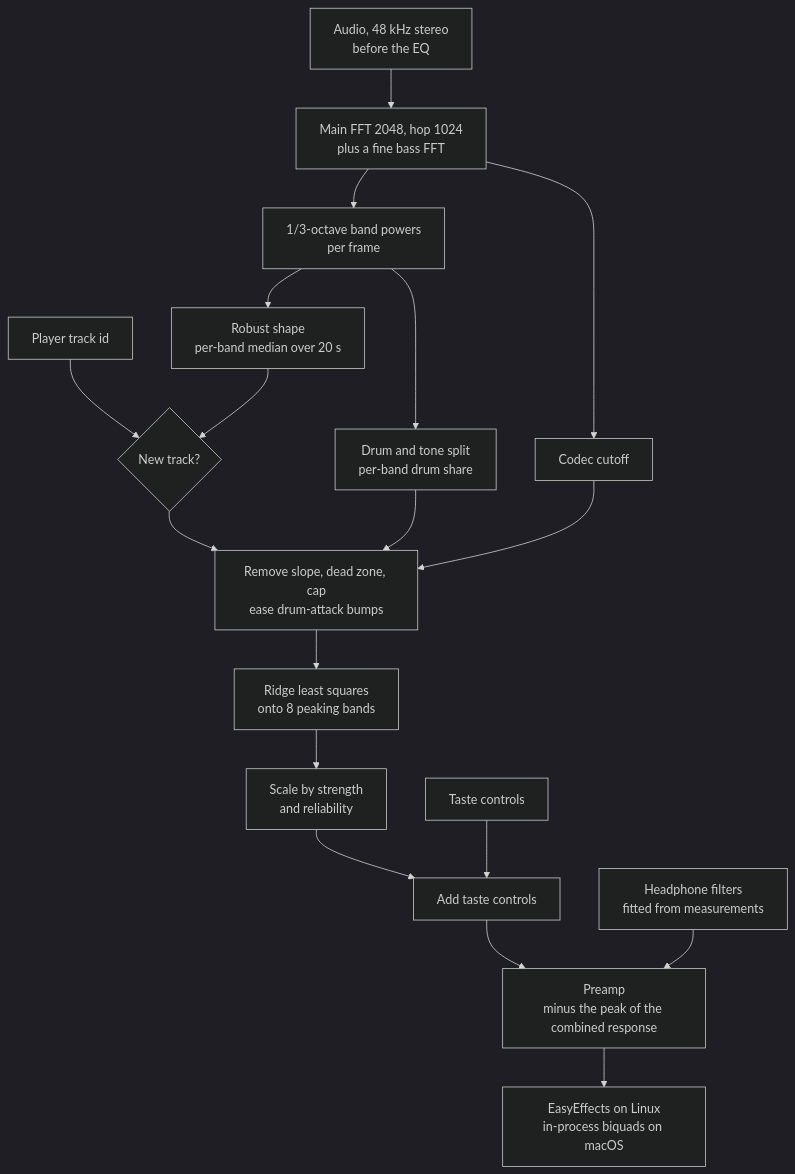
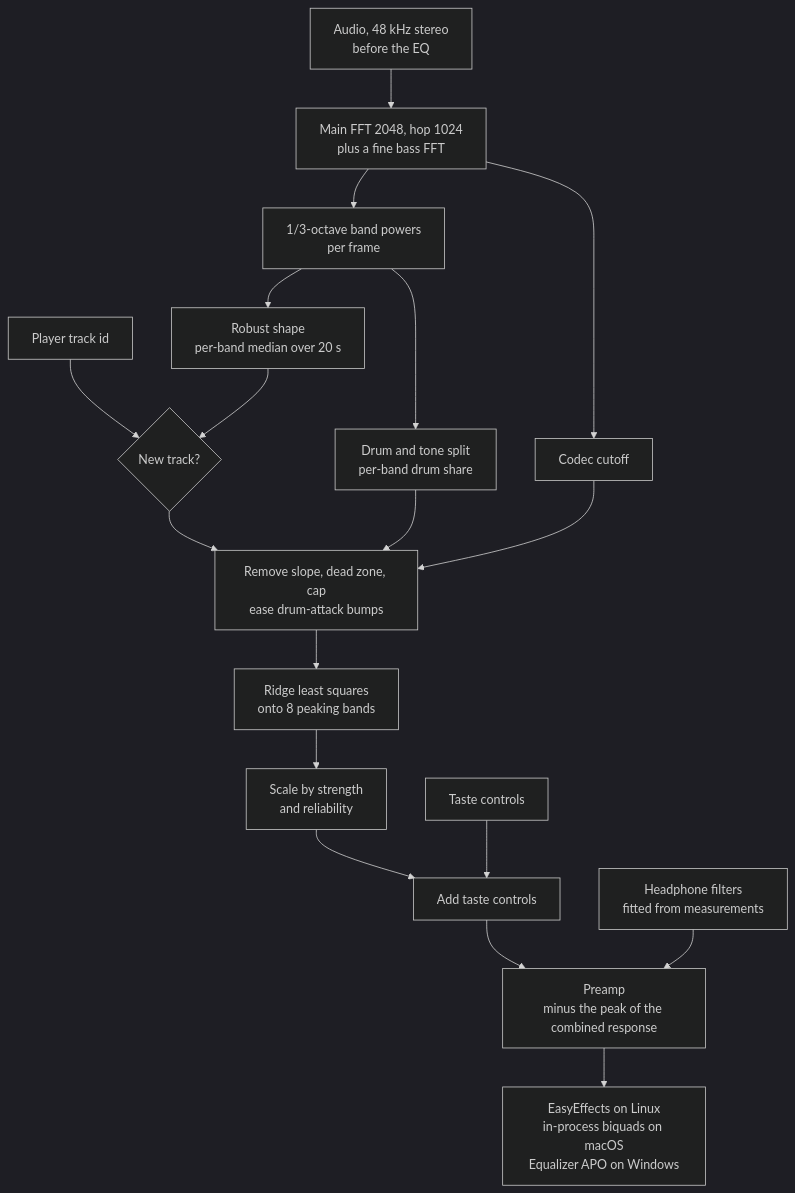
The first of 2 diagrams in TECHNICAL.md (rizqyep/leungo), drawn with Mermaid (dark theme) before and after one commit. The commit also changed other lines of this file and 22 other files, not shown here.

First line of the commit message:
Add Windows support: process loopback capture and Equalizer APO

````diff
--- a/TECHNICAL.md
+++ b/TECHNICAL.md
@@ -53,20 +53,20 @@
 ```mermaid
 flowchart TD
     SRC["Audio, 48 kHz stereo<br/>before the EQ"] --> FFT["Main FFT 2048, hop 1024<br/>plus a fine bass FFT"]
     FFT --> BAND["1/3-octave band powers<br/>per frame"]
     BAND --> TRK["Robust shape<br/>per-band median over 20 s"]
     BAND --> HPS["Drum and tone split<br/>per-band drum share"]
     FFT --> CUT["Codec cutoff"]
     PL["Player track id"] --> ENG{"New track?"}
     TRK --> ENG
     ENG --> SHP["Remove slope, dead zone, cap<br/>ease drum-attack bumps"]
     HPS --> SHP
     CUT --> SHP
     SHP --> LS["Ridge least squares<br/>onto 8 peaking bands"]
     LS --> SC["Scale by strength<br/>and reliability"]
     SC --> ADD["Add taste controls"]
     SIG["Taste controls"] --> ADD
     ADD --> PRE["Preamp<br/>minus the peak of the combined response"]
     HEAD["Headphone filters<br/>fitted from measurements"] --> PRE
-    PRE --> APP["EasyEffects on Linux<br/>in-process biquads on macOS"]
+    PRE --> APP["EasyEffects on Linux<br/>in-process biquads on macOS<br/>Equalizer APO on Windows"]
 ```
````
